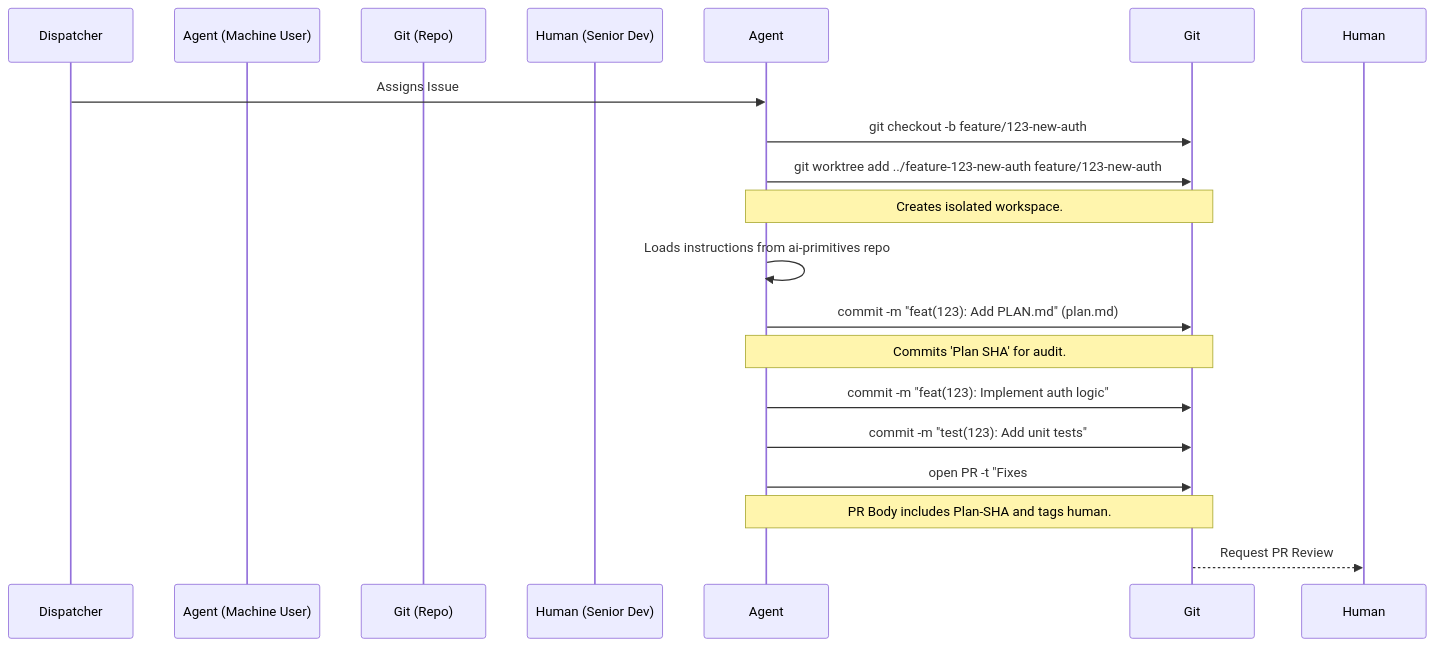
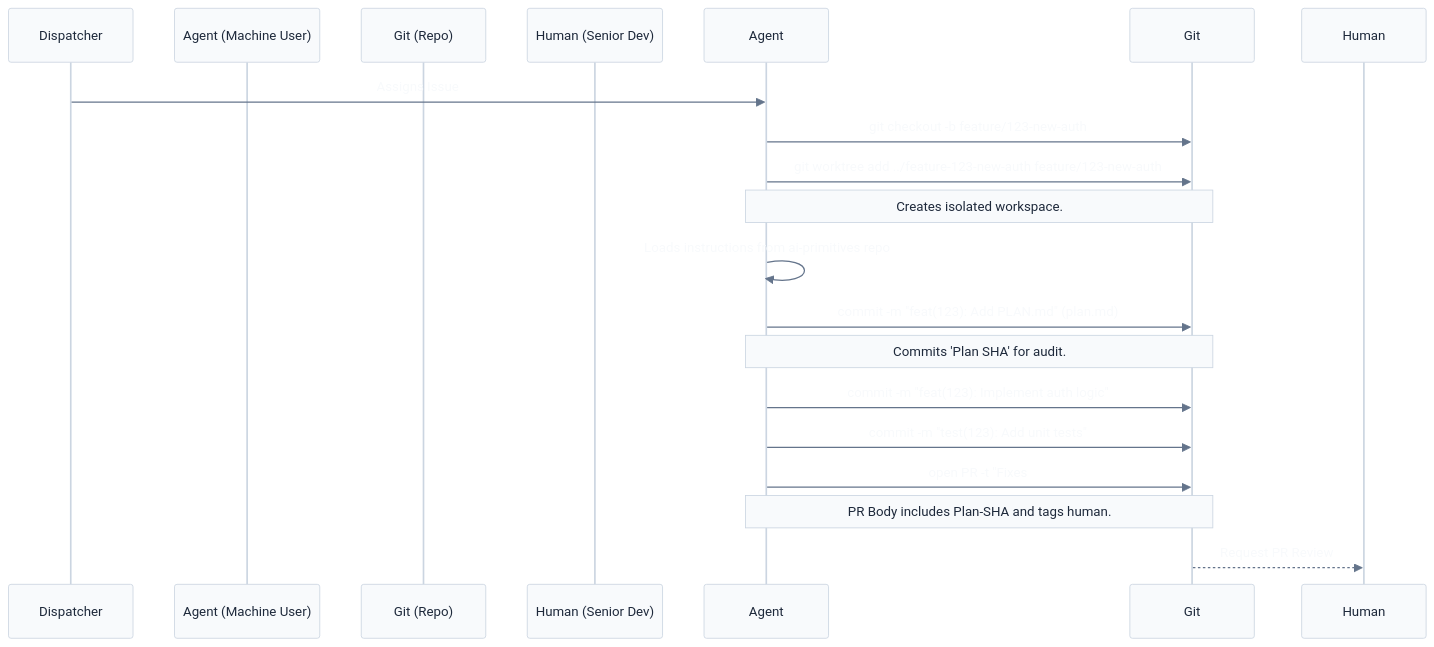
One commit to donbr/github-agentic-om changed the sixth of 8 diagrams in github-native-operating-model.md. Above: the diagram before and after it, drawn with Mermaid. The commit also changed other lines of this file, not shown here.

Commit message:
update operating model mermaid diagrams

````diff
--- a/github-native-operating-model.md
+++ b/github-native-operating-model.md
@@ -378,20 +385,21 @@
 ```mermaid
+%%{init: {"theme":"base", "themeVariables": {"primaryColor":"#f8fafc","primaryTextColor":"#1e293b","primaryBorderColor":"#cbd5e1","signalColor":"#64748b","signalTextColor":"#f8fafc","noteBkgColor":"#f8fafc","noteTextColor":"#1e293b","noteBorderColor":"#cbd5e1"}}}%%
 sequenceDiagram  
     participant Dispatcher  
     participant Agent (Machine User)  
     participant Git (Repo)  
     participant Human (Senior Dev)
 
     Dispatcher->>Agent: Assigns Issue #123
     Agent->>Git: git checkout -b feature/123-new-auth
     Agent->>Git: git worktree add ../feature-123-new-auth feature/123-new-auth
     Note over Agent,Git: Creates isolated workspace.
     Agent->>Agent: Loads instructions from ai-primitives repo
     Agent->>Git: commit -m "feat(123): Add PLAN.md" (plan.md)
     Note over Agent,Git: Commits 'Plan SHA' for audit.
     Agent->>Git: commit -m "feat(123): Implement auth logic"
     Agent->>Git: commit -m "test(123): Add unit tests"
     Agent->>Git: open PR -t "Fixes #123" -b "..."  
     Note over Agent,Git: PR Body includes Plan-SHA and tags human.  
     Git-->>Human: Request PR Review
 ```
````
